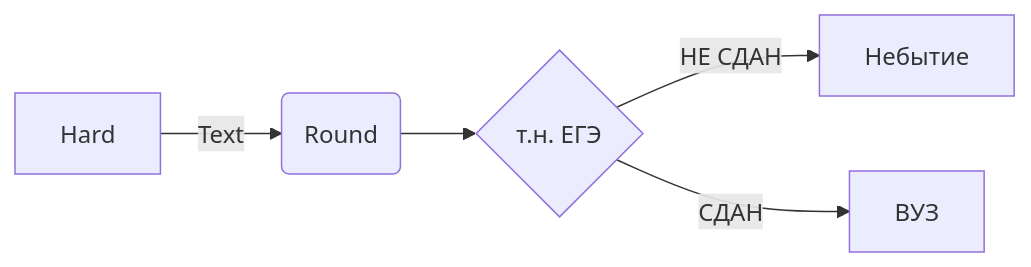
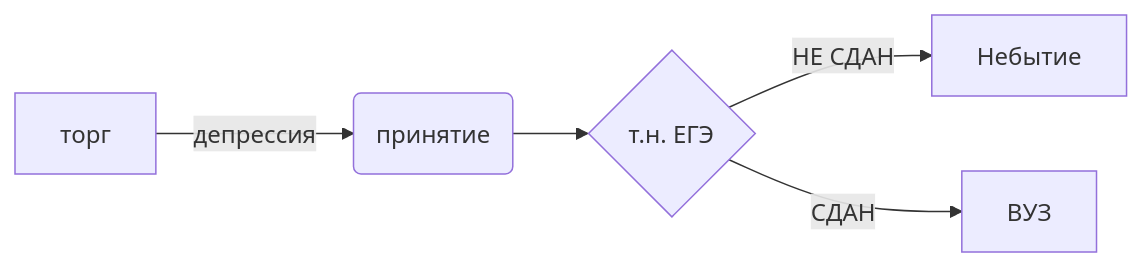
One commit to viktorshandrikov/repository-1 changed the diagram in README.md. Above: the diagram before and after it, drawn with Mermaid.

````diff
--- a/README.md
+++ b/README.md
@@ -16,8 +16,8 @@
 ```mermaid
 flowchart LR
 
-A[Hard] -->|Text| B(Round)
+A[торг] -->|депрессия| B(принятие)
 B --> C{т.н. ЕГЭ}
 C -->|НЕ СДАН| D[Небытие]
 C -->|СДАН| E[ВУЗ]
 ```
````
